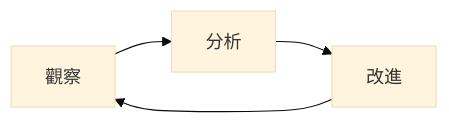
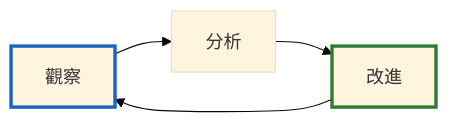
The third of 3 diagrams in README.zh.md (prikotov/task-agents-playbook), drawn with Mermaid (base theme) before and after one commit. The commit also changed other lines of this file and 2 other files, not shown here.

````diff
--- a/README.zh.md
+++ b/README.zh.md
@@ -195,6 +197,12 @@
 ```mermaid
 flowchart LR
-    A[觀察] --> B[分析]
-    B --> C[改進]
+    A["觀察"] --> B["分析"]
+    B --> C["改進"]
     C --> A
+
+    classDef start stroke:#1565c0,stroke-width:3px;
+    classDef finish stroke:#2e7d32,stroke-width:3px;
+
+    class A start;
+    class C finish;
 ```
````
